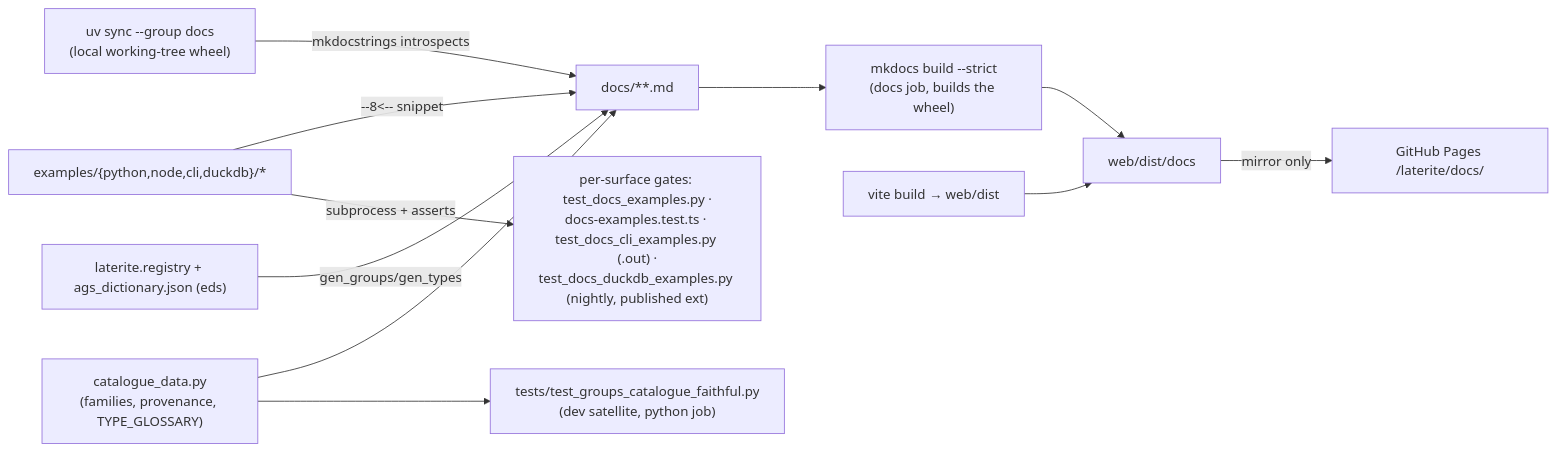
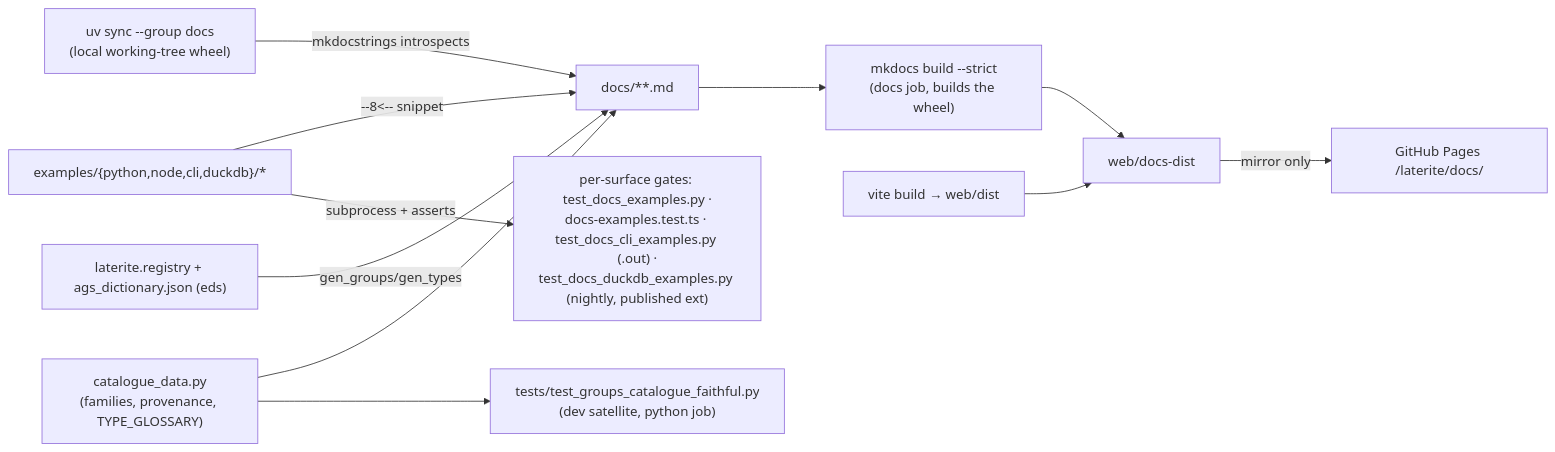
The diagram in ags-wiki/concepts/docs-site.md (niko86/laterite), drawn with Mermaid before and after one commit. The commit also changed other lines of this file and 5 other files, not shown here.

````diff
--- a/ags-wiki/concepts/docs-site.md
+++ b/ags-wiki/concepts/docs-site.md
@@ -547,13 +547,13 @@
 ```mermaid
 flowchart LR
   ex["examples/{python,node,cli,duckdb}/*"] -->|--8<-- snippet| page["docs/**.md"]
   ex -->|subprocess + asserts| gate["per-surface gates: test_docs_examples.py ·<br/>docs-examples.test.ts · test_docs_cli_examples.py (.out) ·<br/>test_docs_duckdb_examples.py (nightly, published ext)"]
   wheel["uv sync --group docs<br/>(local working-tree wheel)"] -->|mkdocstrings introspects| page
   reg["laterite.registry + ags_dictionary.json (eds)"] -->|gen_groups/gen_types| page
   cd["catalogue_data.py<br/>(families, provenance, TYPE_GLOSSARY)"] --> page
   cd --> cgate["tests/test_groups_catalogue_faithful.py<br/>(dev satellite, python job)"]
   page --> strict["mkdocs build --strict<br/>(docs job, builds the wheel)"]
-  strict --> art["web/dist/docs"]
+  strict --> art["web/docs-dist"]
   vite["vite build → web/dist"] --> art
   art -->|mirror only| pages["GitHub Pages /laterite/docs/"]
 ```
````
